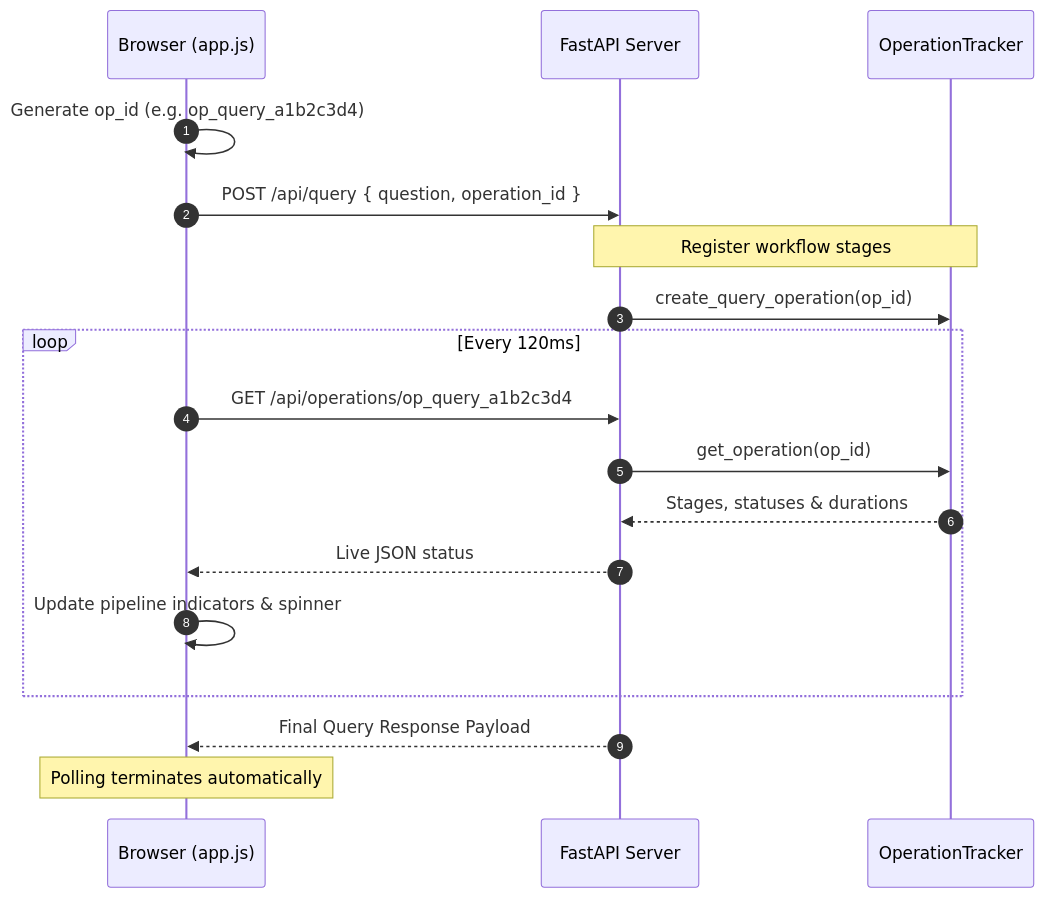
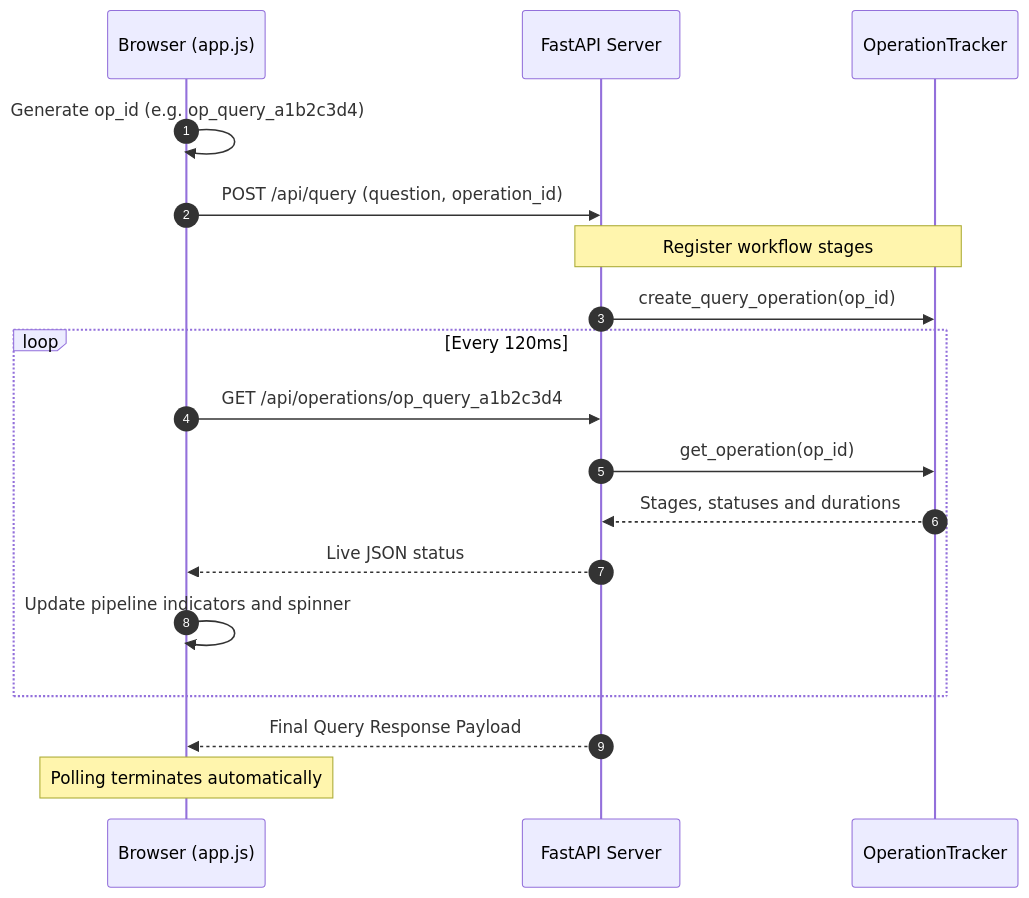
One commit to sankaran-s2001/VoiceCSV-Analytics-Agent changed the eighth of 8 diagrams in README.md. Above: the diagram before and after it, drawn with Mermaid. The commit also changed other lines of this file, not shown here.

Commit message:
fix(docs): resolve GitHub Mermaid diagram rendering errors and unescaped characters

````diff
--- a/README.md
+++ b/README.md
@@ -918,23 +918,23 @@
 ```mermaid
 sequenceDiagram
     autonumber
     participant UI as Browser (app.js)
     participant API as FastAPI Server
     participant Tracker as OperationTracker
 
     UI->>UI: Generate op_id (e.g. op_query_a1b2c3d4)
-    UI->>API: POST /api/query { question, operation_id }
+    UI->>API: POST /api/query (question, operation_id)
     Note over API,Tracker: Register workflow stages
     API->>Tracker: create_query_operation(op_id)
     
     loop Every 120ms
         UI->>API: GET /api/operations/op_query_a1b2c3d4
         API->>Tracker: get_operation(op_id)
-        Tracker-->>API: Stages, statuses & durations
+        Tracker-->>API: Stages, statuses and durations
         API-->>UI: Live JSON status
-        UI->>UI: Update pipeline indicators & spinner
+        UI->>UI: Update pipeline indicators and spinner
     end
 
     API-->>UI: Final Query Response Payload
     Note over UI: Polling terminates automatically
 ```
````
